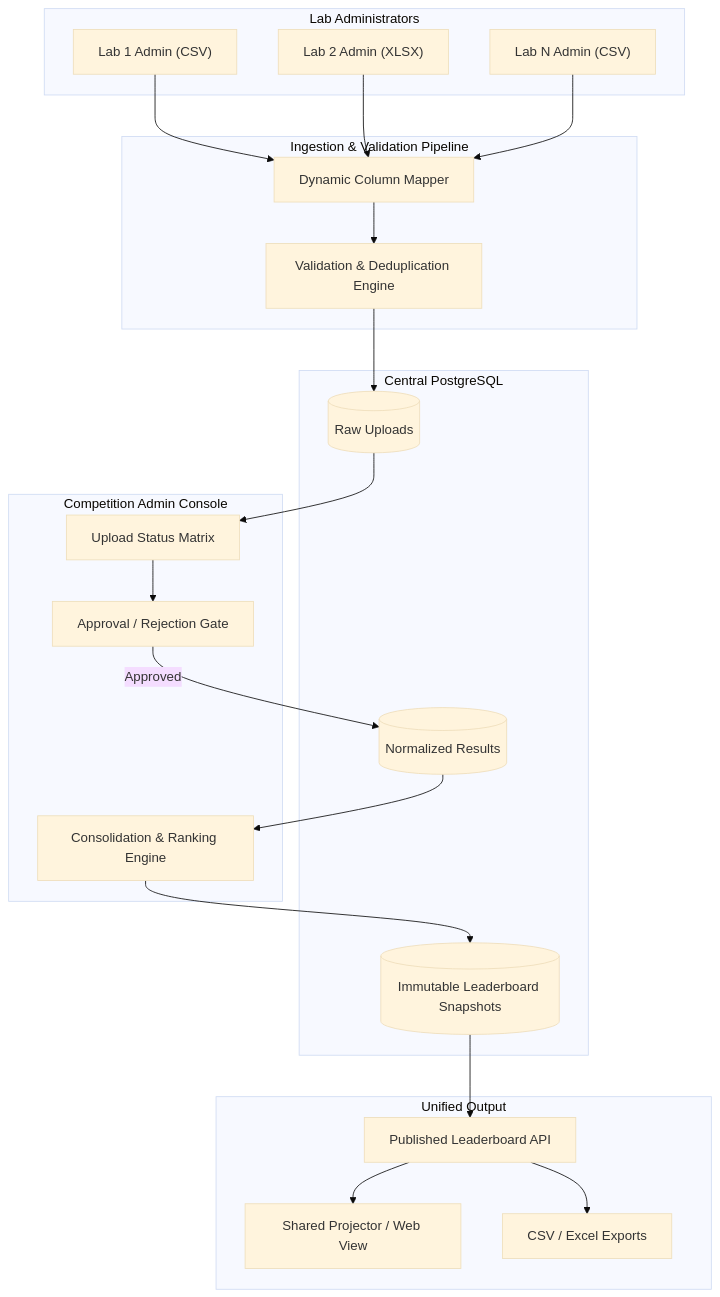
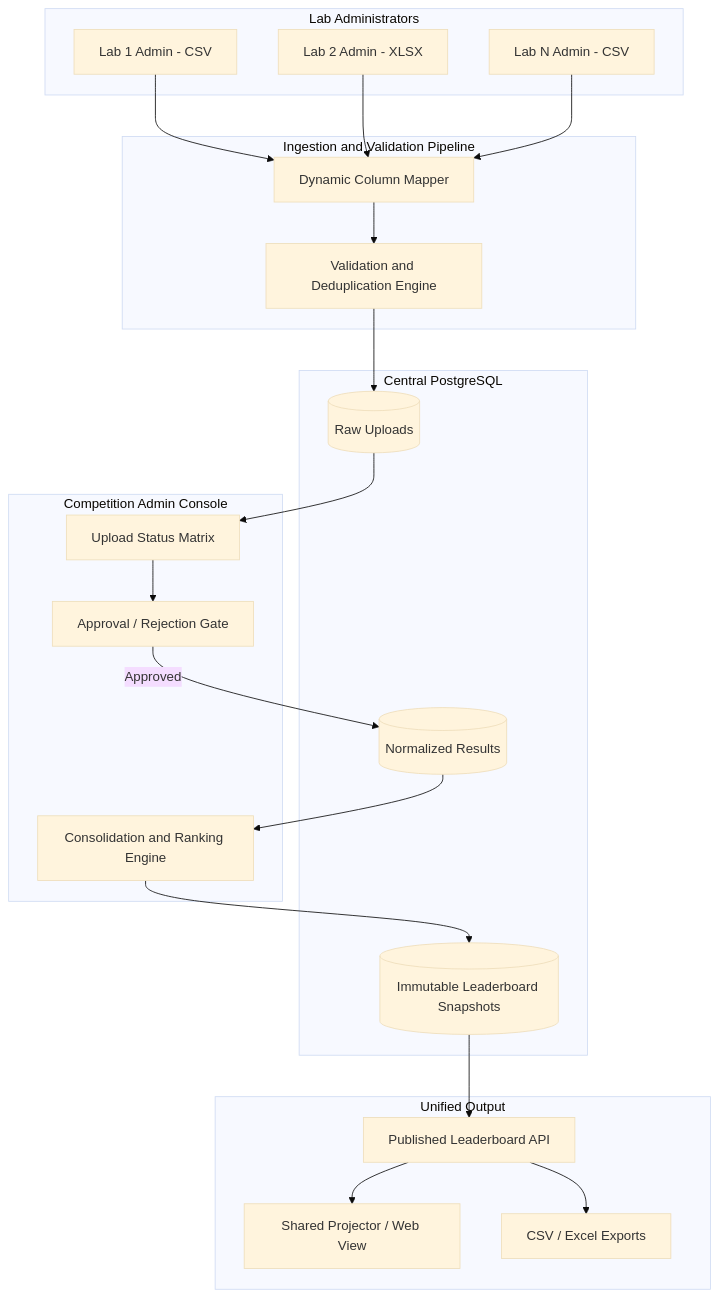
Before and after one commit to toxicbishop/CodeClash-LeaderBoard: the diagram in docs/tech-stack.md, drawn with Mermaid (base theme). The commit also changed 4 other files, not shown here.

Commit message:
fix: fix mermaid diagrams and add architecture diagram to README

````diff
--- a/docs/tech-stack.md
+++ b/docs/tech-stack.md
@@ -81,42 +81,42 @@
 ```mermaid
 flowchart TD
     subgraph LabAdmins["Lab Administrators"]
-        L1["Lab 1 Admin (CSV)"]
-        L2["Lab 2 Admin (XLSX)"]
-        LN["Lab N Admin (CSV)"]
+        L1["Lab 1 Admin - CSV"]
+        L2["Lab 2 Admin - XLSX"]
+        LN["Lab N Admin - CSV"]
     end
 
-    subgraph Ingestion["Ingestion & Validation Pipeline"]
+    subgraph Ingestion["Ingestion and Validation Pipeline"]
         CM["Dynamic Column Mapper"]
-        VP["Validation & Deduplication Engine"]
+        VP["Validation and Deduplication Engine"]
     end
 
     subgraph Database["Central PostgreSQL"]
         RAW[(Raw Uploads)]
         NORM[(Normalized Results)]
         SNAP[(Immutable Leaderboard Snapshots)]
     end
 
     subgraph AdminConsole["Competition Admin Console"]
         MON["Upload Status Matrix"]
         REV["Approval / Rejection Gate"]
-        RANK["Consolidation & Ranking Engine"]
+        RANK["Consolidation and Ranking Engine"]
     end
 
     subgraph Output["Unified Output"]
         PUB["Published Leaderboard API"]
         DISP["Shared Projector / Web View"]
         EXP["CSV / Excel Exports"]
     end
 
     L1 & L2 & LN --> CM
     CM --> VP
     VP --> RAW
     RAW --> MON
     MON --> REV
     REV -->|Approved| NORM
     NORM --> RANK
     RANK --> SNAP
     SNAP --> PUB
     PUB --> DISP & EXP
 ```
````
